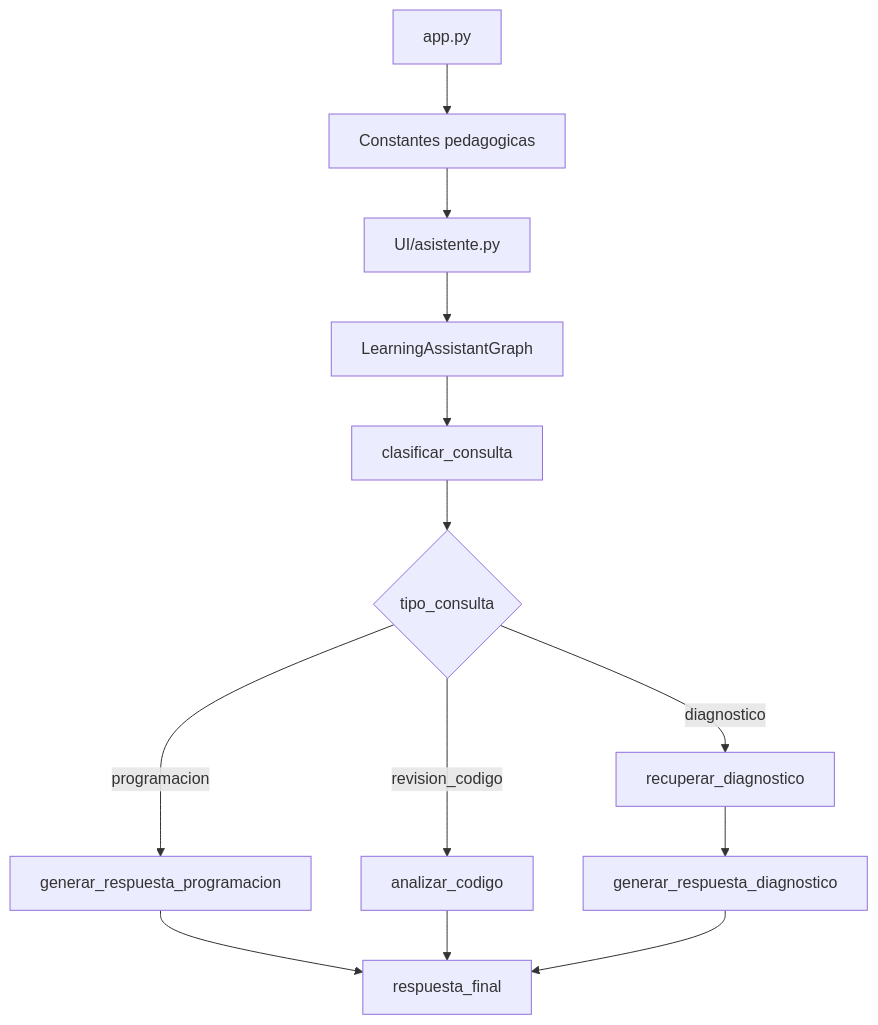
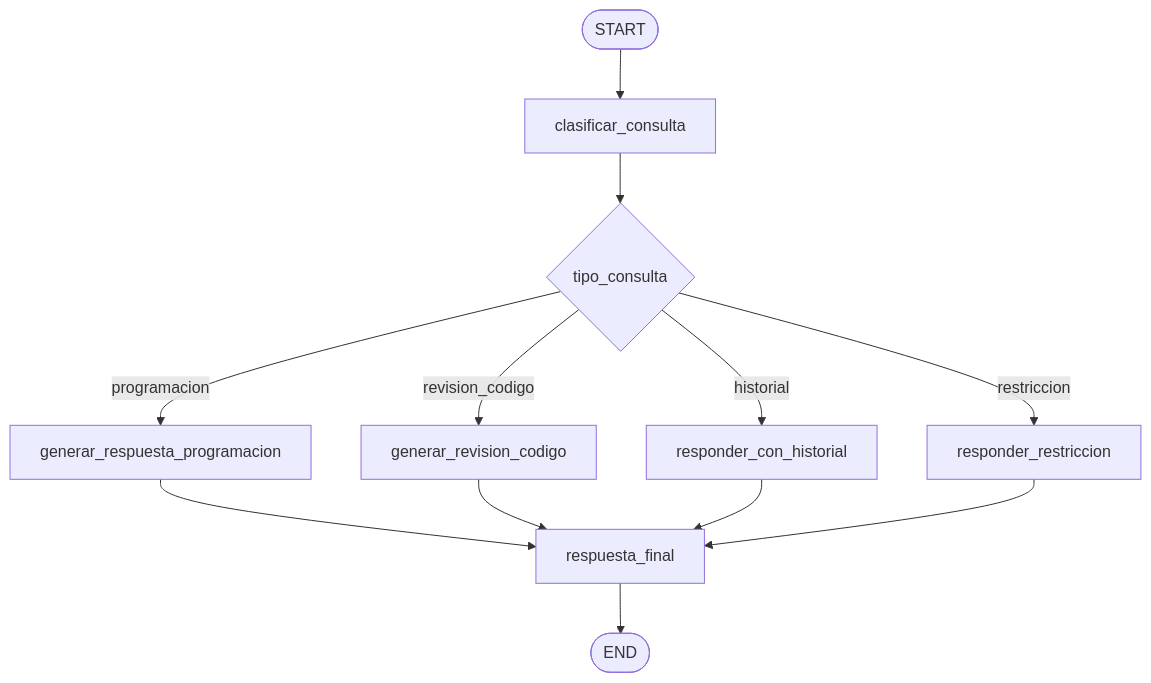
Before and after one commit to jose6668/IA-Lanchaing: the second of 2 diagrams in Documentacion/ARQUITECTURA_PROYECTO.md, drawn with Mermaid. The commit also changed other lines of this file and 9 other files, not shown here.

````diff
--- a/Documentacion/ARQUITECTURA_PROYECTO.md
+++ b/Documentacion/ARQUITECTURA_PROYECTO.md
@@ -102,15 +73,14 @@
 ```mermaid
 flowchart TD
-    APP[app.py] --> CONST[Constantes pedagogicas]
-    CONST --> ASIS[UI/asistente.py]
-    ASIS --> GRAPH[LearningAssistantGraph]
-    GRAPH --> CLAS[clasificar_consulta]
+    START([START]) --> CLAS[clasificar_consulta]
     CLAS --> ROUTE{tipo_consulta}
-    ROUTE -->|diagnostico| RAG[recuperar_diagnostico]
     ROUTE -->|programacion| PROG[generar_respuesta_programacion]
-    ROUTE -->|revision_codigo| CODE[analizar_codigo]
-    RAG --> DIAG[generar_respuesta_diagnostico]
+    ROUTE -->|revision_codigo| CODE[generar_revision_codigo]
+    ROUTE -->|historial| HIST[responder_con_historial]
+    ROUTE -->|restriccion| REST[responder_restriccion]
     PROG --> FINAL[respuesta_final]
     CODE --> FINAL
-    DIAG --> FINAL
+    HIST --> FINAL
+    REST --> FINAL
+    FINAL --> END([END])
 ```
````
